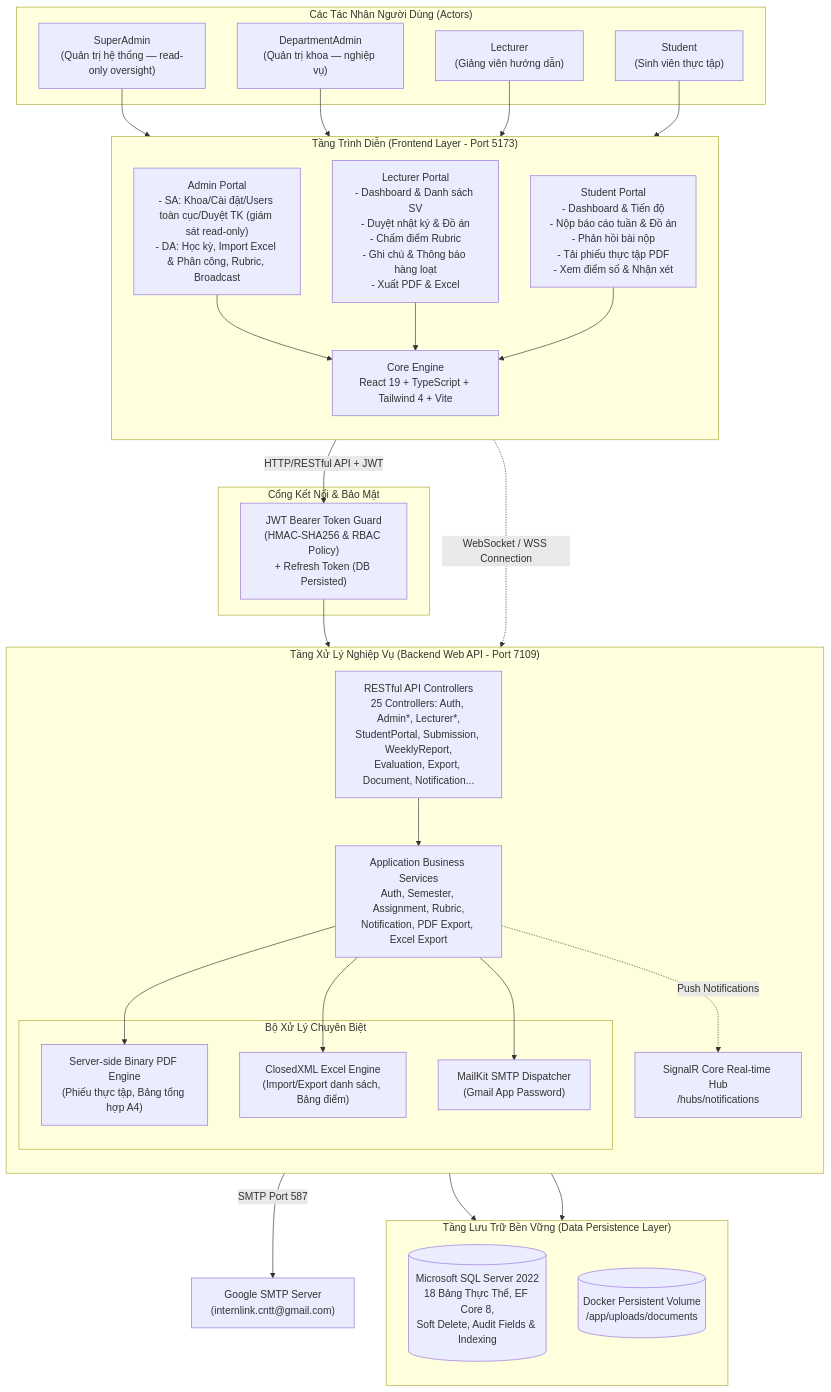
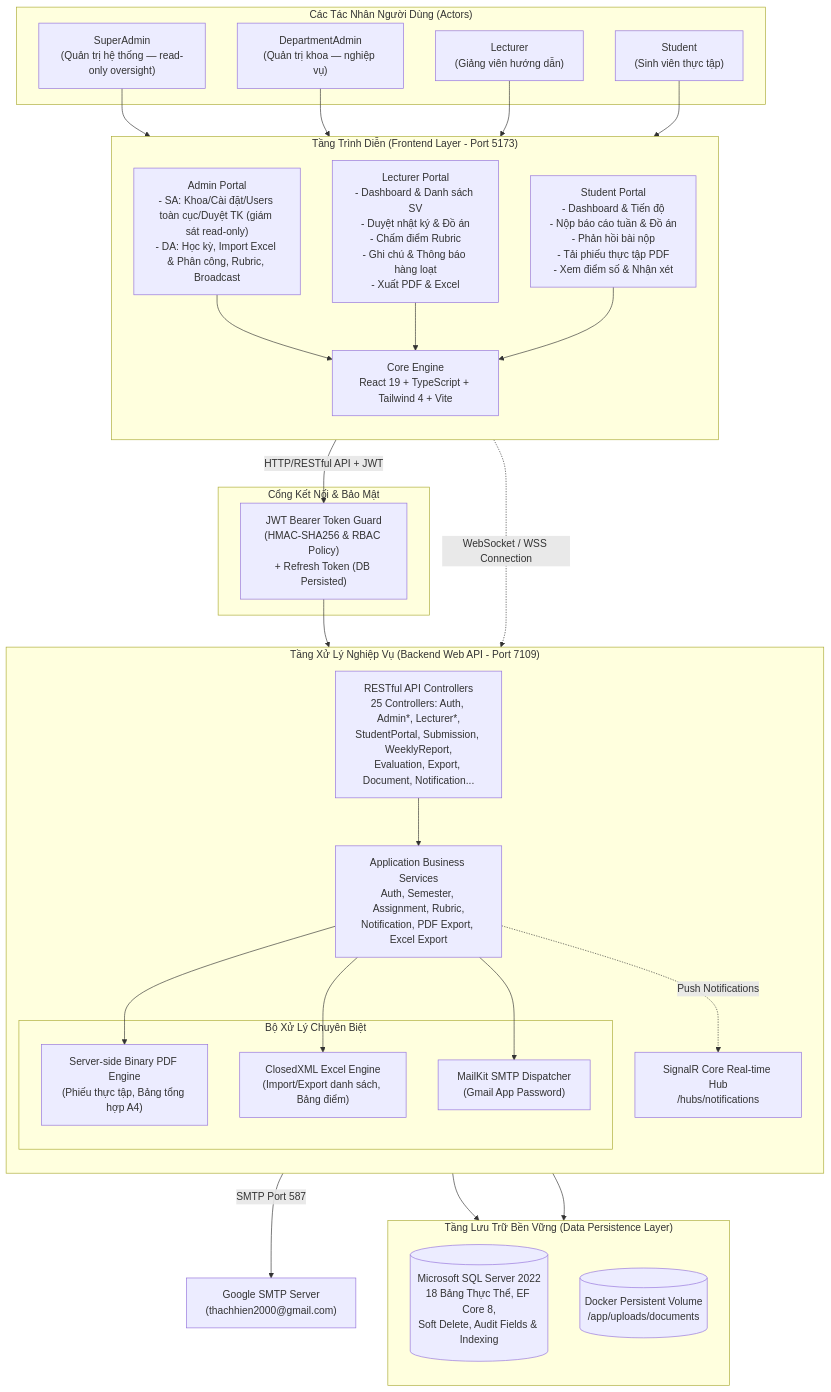
The diagram in docs/images/architecture/overall-architecture.md (th2806-dev/internlink), drawn with Mermaid before and after one commit. The commit also changed 7 other files, not shown here.

````diff
--- a/docs/images/architecture/overall-architecture.md
+++ b/docs/images/architecture/overall-architecture.md
@@ -9,64 +9,64 @@
 ```mermaid
 flowchart TB
     subgraph Users["Các Tác Nhân Người Dùng (Actors)"]
         SA["SuperAdmin<br/>(Quản trị hệ thống — read-only oversight)"]
         DA["DepartmentAdmin<br/>(Quản trị khoa — nghiệp vụ)"]
         L["Lecturer<br/>(Giảng viên hướng dẫn)"]
         S["Student<br/>(Sinh viên thực tập)"]
     end
 
     subgraph Frontend["Tầng Trình Diễn (Frontend Layer - Port 5173)"]
         direction TB
         F_ADMIN["Admin Portal<br/>- SA: Khoa/Cài đặt/Users toàn cục/Duyệt TK (giám sát read-only)<br/>- DA: Học kỳ, Import Excel & Phân công, Rubric, Broadcast"]
         F_LEC["Lecturer Portal<br/>- Dashboard & Danh sách SV<br/>- Duyệt nhật ký & Đồ án<br/>- Chấm điểm Rubric<br/>- Ghi chú & Thông báo hàng loạt<br/>- Xuất PDF & Excel"]
         F_STU["Student Portal<br/>- Dashboard & Tiến độ<br/>- Nộp báo cáo tuần & Đồ án<br/>- Phản hồi bài nộp<br/>- Tải phiếu thực tập PDF<br/>- Xem điểm số & Nhận xét"]
         F_CORE["Core Engine<br/>React 19 + TypeScript + Tailwind 4 + Vite"]
     end
 
     subgraph Gateway["Cổng Kết Nối & Bảo Mật"]
         JWT_GUARD["JWT Bearer Token Guard<br/>(HMAC-SHA256 & RBAC Policy)<br/>+ Refresh Token (DB Persisted)"]
     end
 
     subgraph Backend["Tầng Xử Lý Nghiệp Vụ (Backend Web API - Port 7109)"]
         direction TB
         API_CTRL["RESTful API Controllers<br/>25 Controllers: Auth, Admin*, Lecturer*,<br/>StudentPortal, Submission, WeeklyReport,<br/>Evaluation, Export, Document, Notification..."]
         APP_SVC["Application Business Services<br/>Auth, Semester, Assignment, Rubric,<br/>Notification, PDF Export, Excel Export"]
         SIG_HUB["SignalR Core Real-time Hub<br/>/hubs/notifications"]
         
         subgraph Engines["Bộ Xử Lý Chuyên Biệt"]
             PDF_GEN["Server-side Binary PDF Engine<br/>(Phiếu thực tập, Bảng tổng hợp A4)"]
             XLSX_GEN["ClosedXML Excel Engine<br/>(Import/Export danh sách, Bảng điểm)"]
             MAIL_SVC["MailKit SMTP Dispatcher<br/>(Gmail App Password)"]
         end
     end
 
     subgraph Data["Tầng Lưu Trữ Bền Vững (Data Persistence Layer)"]
         direction TB
         DB_SQL[("Microsoft SQL Server 2022<br/>18 Bảng Thực Thể, EF Core 8,<br/>Soft Delete, Audit Fields & Indexing")]
         STORAGE_VOL[("Docker Persistent Volume<br/>/app/uploads/documents")]
     end
 
     SA --> F_ADMIN
     DA --> F_ADMIN
     L --> F_LEC
     S --> F_STU
 
     F_ADMIN --> F_CORE
     F_LEC --> F_CORE
     F_STU --> F_CORE
 
     F_CORE -->|HTTP/RESTful API + JWT| JWT_GUARD
     F_CORE -.->|WebSocket / WSS Connection| SIG_HUB
 
     JWT_GUARD --> API_CTRL
 
     API_CTRL --> APP_SVC
     APP_SVC --> PDF_GEN
     APP_SVC --> XLSX_GEN
     APP_SVC --> MAIL_SVC
     APP_SVC -.->|Push Notifications| SIG_HUB
 
     APP_SVC --> DB_SQL
     APP_SVC --> STORAGE_VOL
-    MAIL_SVC -->|SMTP Port 587| GMAIL_EXT["Google SMTP Server<br/>(internlink.cntt@gmail.com)"]
+    MAIL_SVC -->|SMTP Port 587| GMAIL_EXT["Google SMTP Server<br/>(thachhien2000@gmail.com)"]
 ```
````
